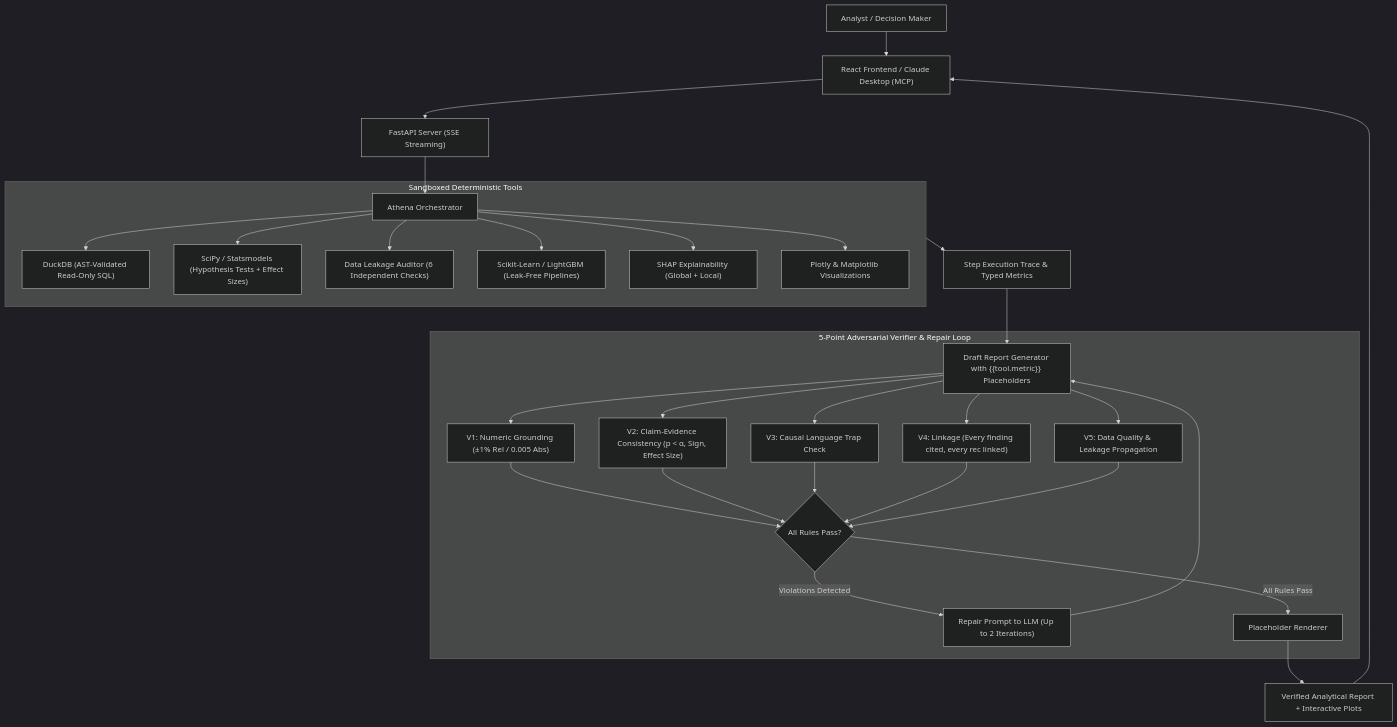
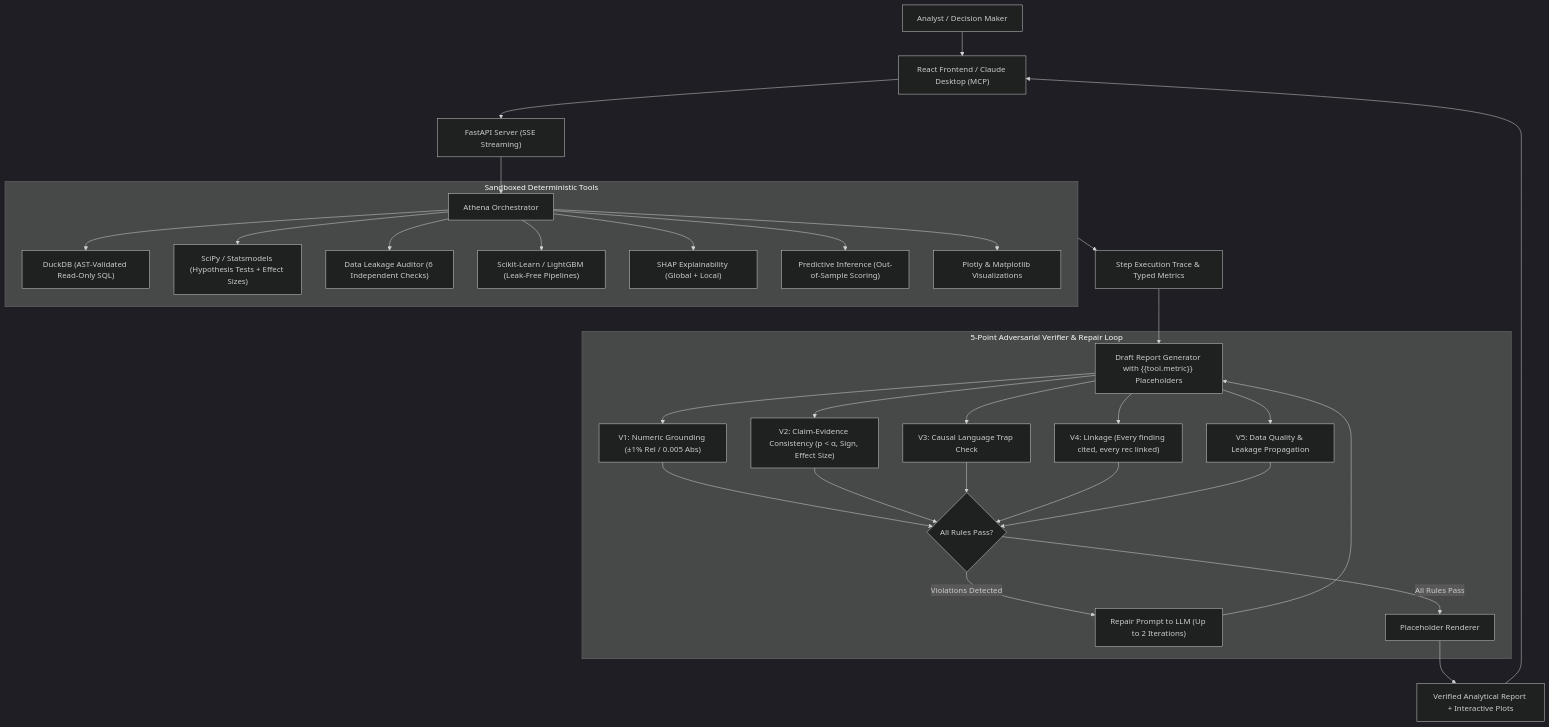
One commit to YashNebhwani007/AthenaProject changed the diagram in README.md. Above: the diagram before and after it, drawn with Mermaid (dark theme). The commit also changed other lines of this file and 4 other files, not shown here.

````diff
--- a/README.md
+++ b/README.md
@@ -17,33 +17,34 @@
 ```mermaid
 graph TD
   User["Analyst / Decision Maker"] --> UI["React Frontend / Claude Desktop (MCP)"]
   UI --> API["FastAPI Server (SSE Streaming)"]
   API --> Orchestrator["Athena Orchestrator"]
 
   subgraph DeterministicTools["Sandboxed Deterministic Tools"]
     Orchestrator --> SQL["DuckDB (AST-Validated Read-Only SQL)"]
     Orchestrator --> Stats["SciPy / Statsmodels (Hypothesis Tests + Effect Sizes)"]
     Orchestrator --> Leak["Data Leakage Auditor (6 Independent Checks)"]
     Orchestrator --> ML["Scikit-Learn / LightGBM (Leak-Free Pipelines)"]
     Orchestrator --> Explain["SHAP Explainability (Global + Local)"]
+    Orchestrator --> Predict["Predictive Inference (Out-of-Sample Scoring)"]
     Orchestrator --> Viz["Plotly & Matplotlib Visualizations"]
   end
 
   DeterministicTools --> Trace["Step Execution Trace & Typed Metrics"]
   Trace --> DraftReport["Draft Report Generator with {{tool.metric}} Placeholders"]
 
   subgraph Verifier["5-Point Adversarial Verifier & Repair Loop"]
     DraftReport --> V1["V1: Numeric Grounding (±1% Rel / 0.005 Abs)"]
     DraftReport --> V2["V2: Claim-Evidence Consistency (p < α, Sign, Effect Size)"]
     DraftReport --> V3["V3: Causal Language Trap Check"]
     DraftReport --> V4["V4: Linkage (Every finding cited, every rec linked)"]
     DraftReport --> V5["V5: Data Quality & Leakage Propagation"]
     V1 & V2 & V3 & V4 & V5 --> Verdict{"All Rules Pass?"}
     Verdict -- "Violations Detected" --> RepairLoop["Repair Prompt to LLM (Up to 2 Iterations)"]
     RepairLoop --> DraftReport
     Verdict -- "All Rules Pass" --> Renderer["Placeholder Renderer"]
   end
 
   Renderer --> FinalReport["Verified Analytical Report + Interactive Plots"]
   FinalReport --> UI
 ```
````
